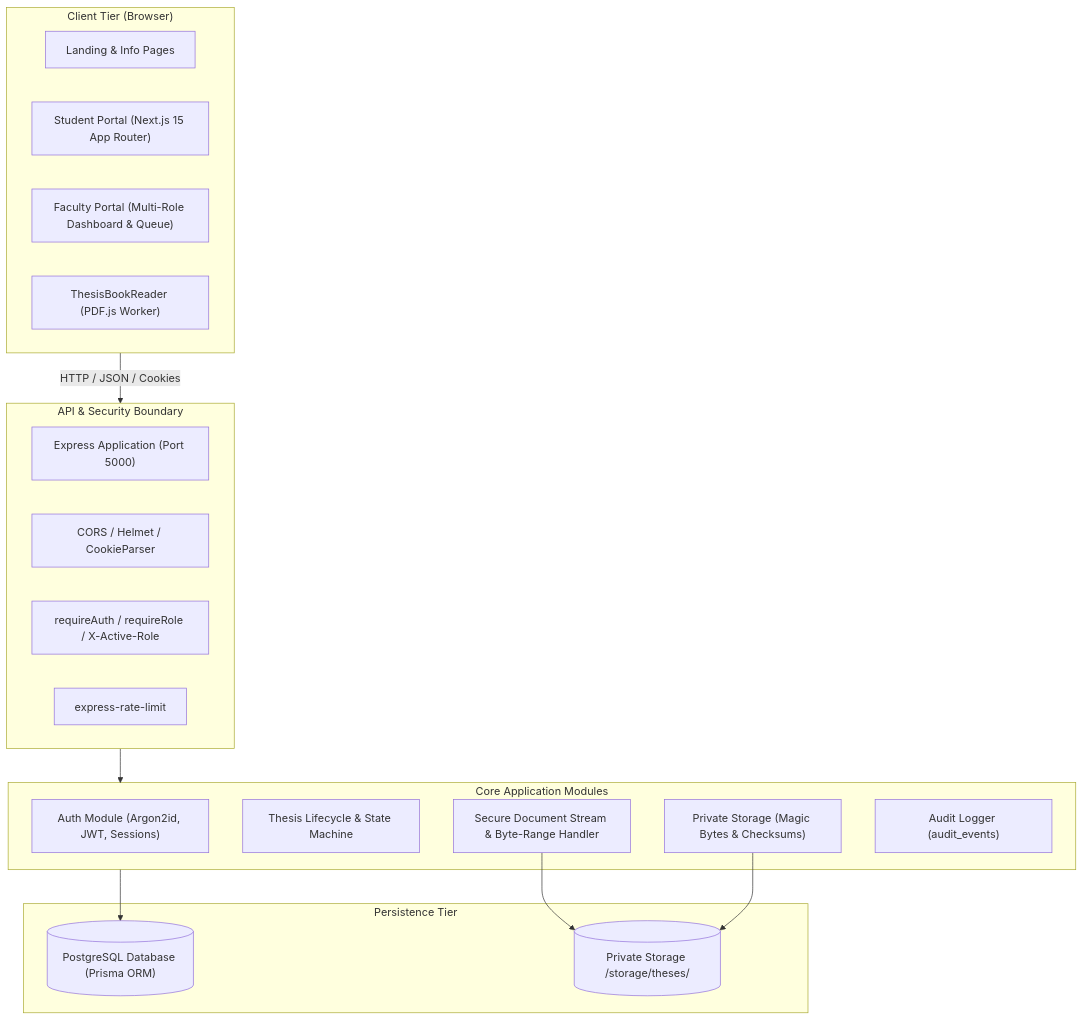
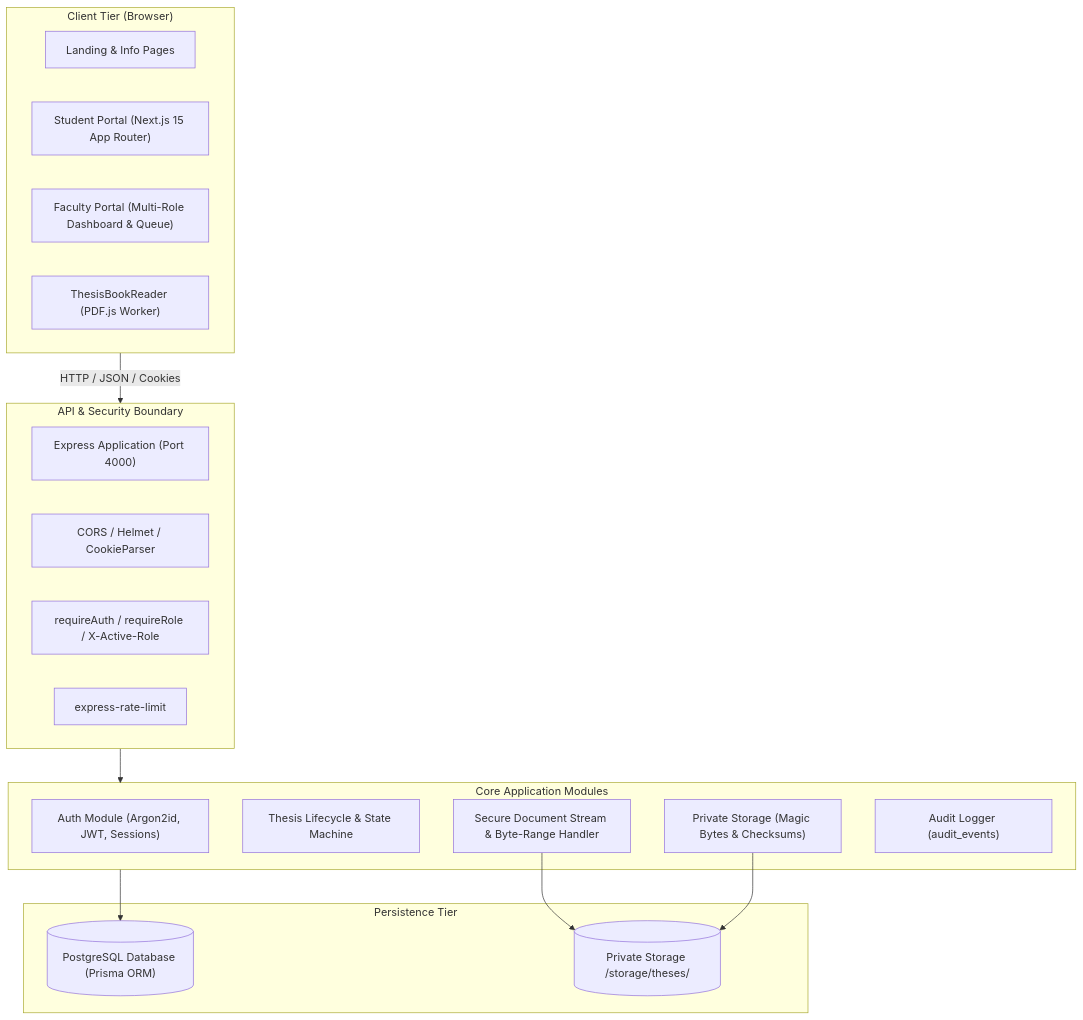
The first of 2 diagrams in docs/ARCHITECTURE.md (Ankur17nith/PRISMS), drawn with Mermaid before and after one commit. The commit also changed 7 other files, not shown here.

````diff
--- a/docs/ARCHITECTURE.md
+++ b/docs/ARCHITECTURE.md
@@ -11,35 +11,35 @@
 ```mermaid
 flowchart TB
     subgraph Client["Client Tier (Browser)"]
         Landing["Landing & Info Pages"]
         StudentUI["Student Portal (Next.js 15 App Router)"]
         FacultyUI["Faculty Portal (Multi-Role Dashboard & Queue)"]
         PDFReader["ThesisBookReader (PDF.js Worker)"]
     end
 
     subgraph Gateway["API & Security Boundary"]
-        ReverseProxy["Express Application (Port 5000)"]
+        ReverseProxy["Express Application (Port 4000)"]
         CorsHelmet["CORS / Helmet / CookieParser"]
         AuthMiddleware["requireAuth / requireRole / X-Active-Role"]
         RateLimiter["express-rate-limit"]
     end
 
     subgraph Services["Core Application Modules"]
         AuthService["Auth Module (Argon2id, JWT, Sessions)"]
         ThesisService["Thesis Lifecycle & State Machine"]
         StreamService["Secure Document Stream & Byte-Range Handler"]
         StorageService["Private Storage (Magic Bytes & Checksums)"]
         AuditService["Audit Logger (audit_events)"]
     end
 
     subgraph Data["Persistence Tier"]
         PostgreSQL[("PostgreSQL Database (Prisma ORM)")]
         PrivateDisk[("Private Storage /storage/theses/")]
     end
 
     Client -->|HTTP / JSON / Cookies| Gateway
     Gateway --> Services
     Services --> PostgreSQL
     StreamService --> PrivateDisk
     StorageService --> PrivateDisk
 ```
````
